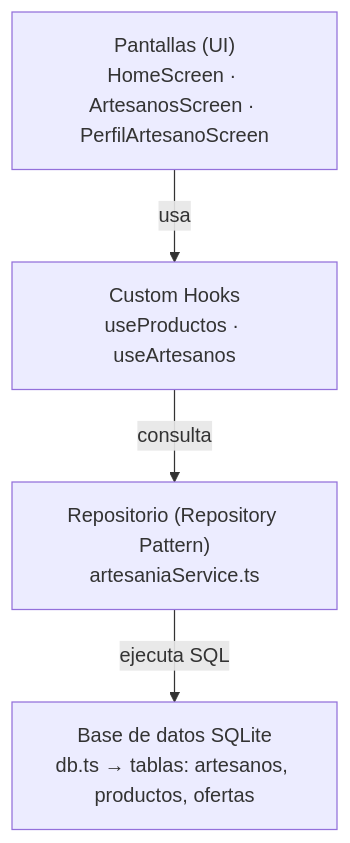
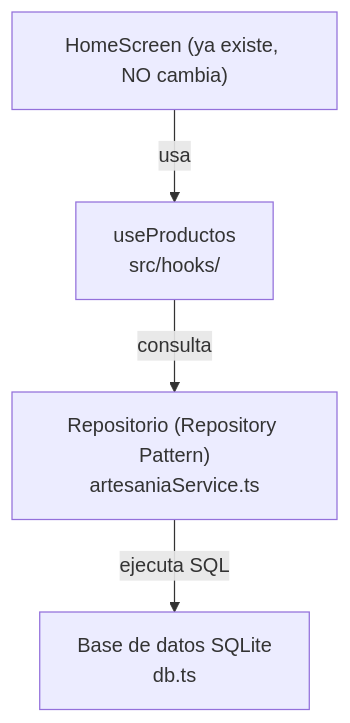
One commit to BOWadapter/PM changed the first of 3 diagrams in README.md. Above: the diagram before and after it, drawn with Mermaid. The commit also changed other lines of this file, not shown here.

````diff
--- a/README.md
+++ b/README.md
@@ -487,10 +483,10 @@
 ```mermaid
 flowchart TD
-    A["Pantallas (UI)<br/>HomeScreen · ArtesanosScreen · PerfilArtesanoScreen"]
-    B["Custom Hooks<br/>useProductos · useArtesanos"]
+    A["HomeScreen (ya existe, NO cambia)"]
+    B["useProductos<br/>src/hooks/"]
     C["Repositorio (Repository Pattern)<br/>artesaniaService.ts"]
-    D["Base de datos SQLite<br/>db.ts → tablas: artesanos, productos, ofertas"]
+    D["Base de datos SQLite<br/>db.ts"]
     A -->|usa| B
     B -->|consulta| C
     C -->|ejecuta SQL| D
 ```
````
